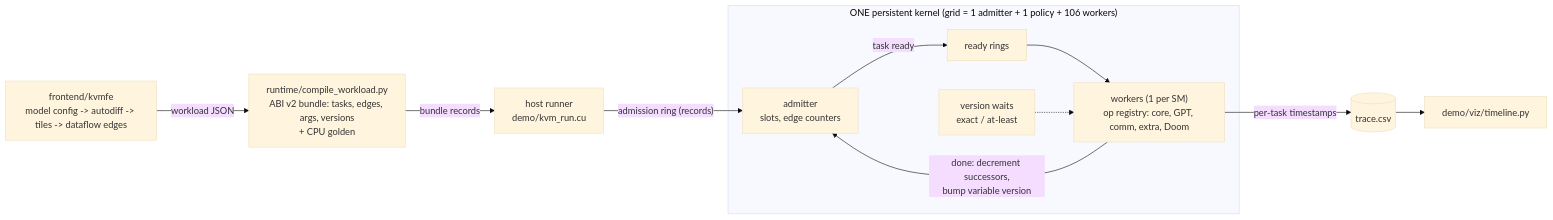
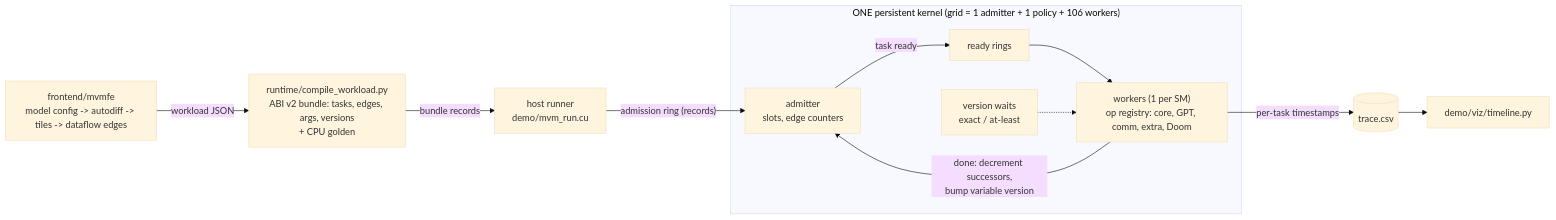
One commit to Bobliuuu/kvm changed the first of 3 diagrams in README.md. Above: the diagram before and after it, drawn with Mermaid (base theme). The commit also changed other lines of this file and 1491 other files, not shown here.

````diff
--- a/README.md
+++ b/README.md
@@ -172,14 +198,14 @@
 ```mermaid
 flowchart LR
-  F["frontend/kvmfe<br/>model config -> autodiff -> tiles -> dataflow edges"] -->|workload JSON| C["runtime/compile_workload.py<br/>ABI v2 bundle: tasks, edges, args, versions<br/>+ CPU golden"]
-  C -->|bundle records| H["host runner<br/>demo/kvm_run.cu"]
+  F["frontend/mvmfe<br/>model config -> autodiff -> tiles -> dataflow edges"] -->|workload JSON| C["runtime/compile_workload.py<br/>ABI v2 bundle: tasks, edges, args, versions<br/>+ CPU golden"]
+  C -->|bundle records| H["host runner<br/>demo/mvm_run.cu"]
   H -->|"admission ring (records)"| A
   subgraph K["ONE persistent kernel (grid = 1 admitter + 1 policy + 106 workers)"]
     A["admitter<br/>slots, edge counters"] -->|task ready| R["ready rings"]
     R --> W["workers (1 per SM)<br/>op registry: core, GPT, comm, extra, Doom"]
     W -->|"done: decrement successors,<br/>bump variable version"| A
     V["version waits<br/>exact / at-least"] -.-> W
   end
   W -->|"per-task timestamps"| T[("trace.csv")]
   T --> P["demo/viz/timeline.py"]
 ```
````
